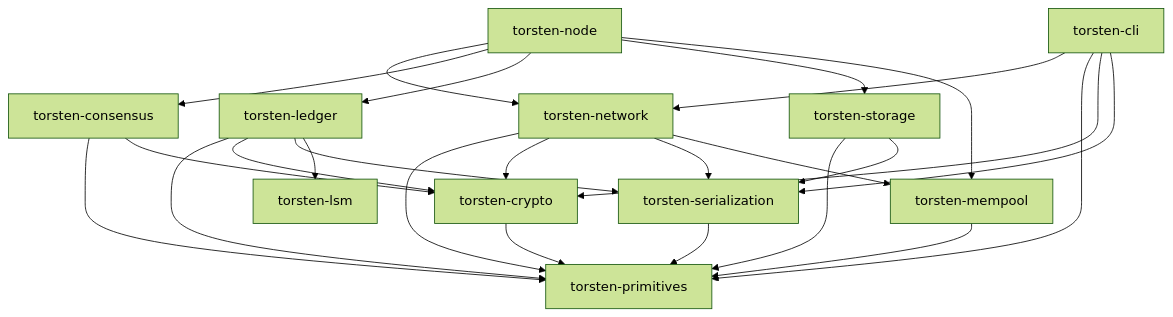
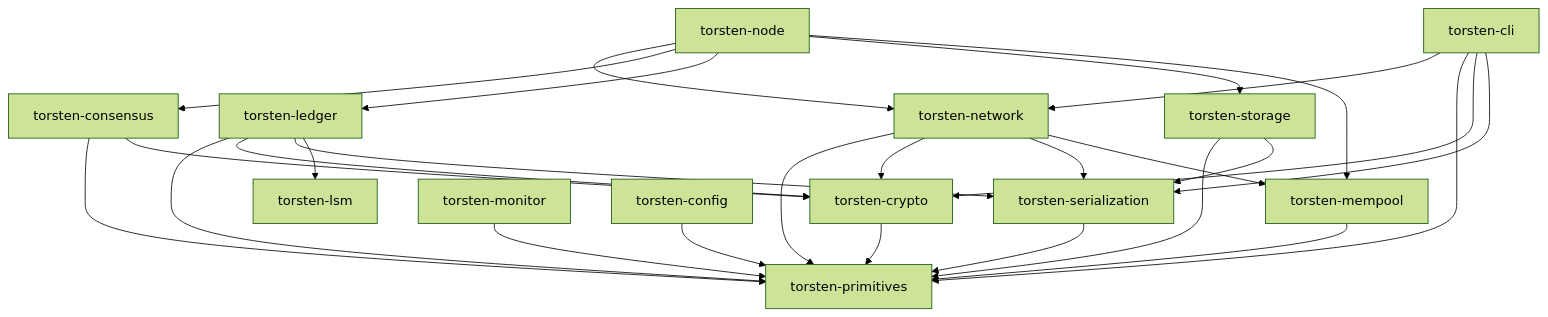
One commit to michaeljfazio/torsten changed the diagram in README.md. Above: the diagram before and after it, drawn with Mermaid (forest theme). The commit also changed other lines of this file and 9 other files, not shown here.

````diff
--- a/README.md
+++ b/README.md
@@ -77,27 +78,29 @@
 ```mermaid
 graph TD
     NODE[torsten-node] --> NET[torsten-network]
     NODE --> CONS[torsten-consensus]
     NODE --> LEDGER[torsten-ledger]
     NODE --> STORE[torsten-storage]
     NODE --> POOL[torsten-mempool]
     CLI[torsten-cli] --> NET
     CLI --> PRIM[torsten-primitives]
     CLI --> CRYPTO[torsten-crypto]
     CLI --> SER[torsten-serialization]
+    MON[torsten-monitor] --> PRIM
+    CFG[torsten-config] --> PRIM
     NET --> PRIM
     NET --> CRYPTO
     NET --> SER
     NET --> POOL
     CONS --> PRIM
     CONS --> CRYPTO
     LEDGER --> PRIM
     LEDGER --> CRYPTO
     LEDGER --> SER
     LEDGER --> LSM[torsten-lsm]
     STORE --> PRIM
     STORE --> SER
     POOL --> PRIM
     SER --> PRIM
     CRYPTO --> PRIM
 ```
````
